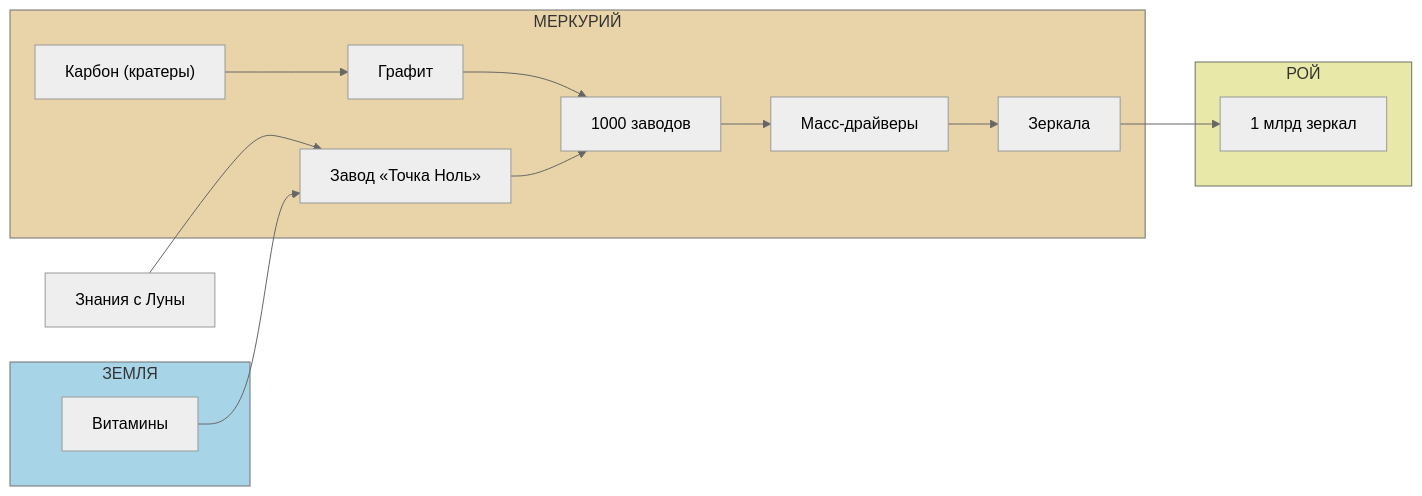
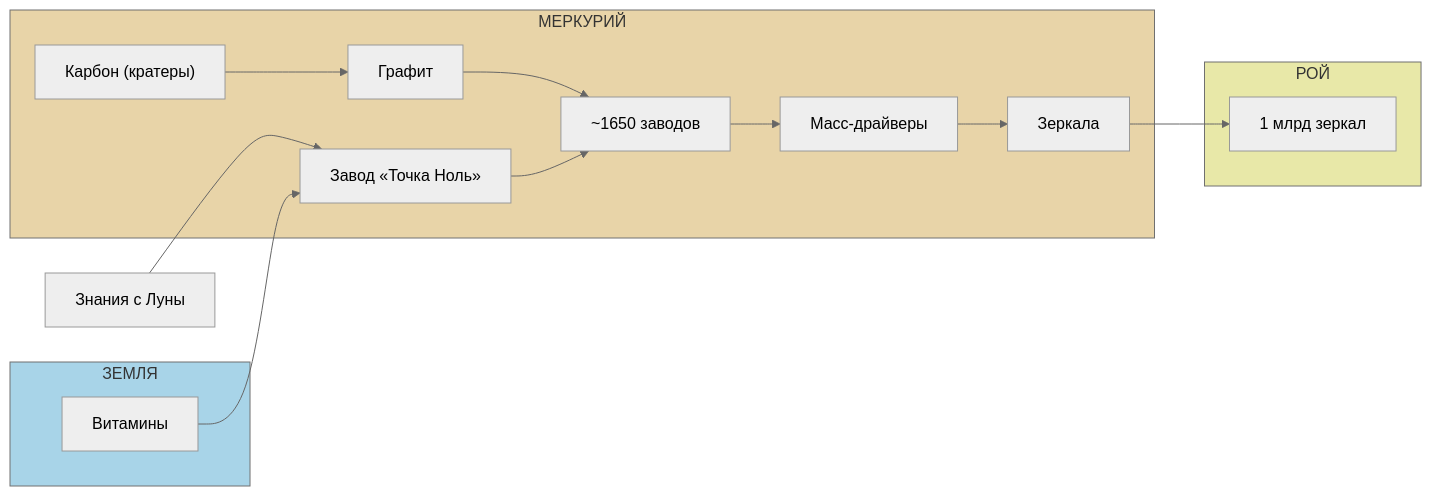
One commit to DmitryNasikanov/infinite-energy changed the second of 5 diagrams in ru/science/detailed/production.qmd. Above: the diagram before and after it, drawn with Mermaid (neutral theme). The commit also changed other lines of this file and 18 other files, not shown here.

````diff
--- a/ru/science/detailed/production.qmd
+++ b/ru/science/detailed/production.qmd
@@ -46,34 +54,34 @@
 ```{mermaid}
 %%| fig-width: 10
 flowchart LR
     ЗНАНИЯ["Знания с Луны"] --> M1
 
     subgraph ЗЕМЛЯ["ЗЕМЛЯ"]
         E2["Витамины"]
     end
 
     subgraph МЕРКУРИЙ["МЕРКУРИЙ"]
         M1["Завод «Точка Ноль»"]
-        M2["1000 заводов"]
+        M2["~1650 заводов"]
         M2a["Масс-драйверы"]
         M3["Зеркала"]
         MC["Карбон (кратеры)"]
         MG["Графит"]
     end
 
     subgraph РОЙ["РОЙ"]
         R1["1 млрд зеркал"]
     end
 
     E2 --> M1
     M1 --> M2
     M2 --> M2a
     M2a --> M3
     M3 --> R1
     MC --> MG
     MG --> M2
 
     style ЗЕМЛЯ fill:#a8d4e8
     style МЕРКУРИЙ fill:#e8d4a8
     style РОЙ fill:#e8e8a8
 ```
````
